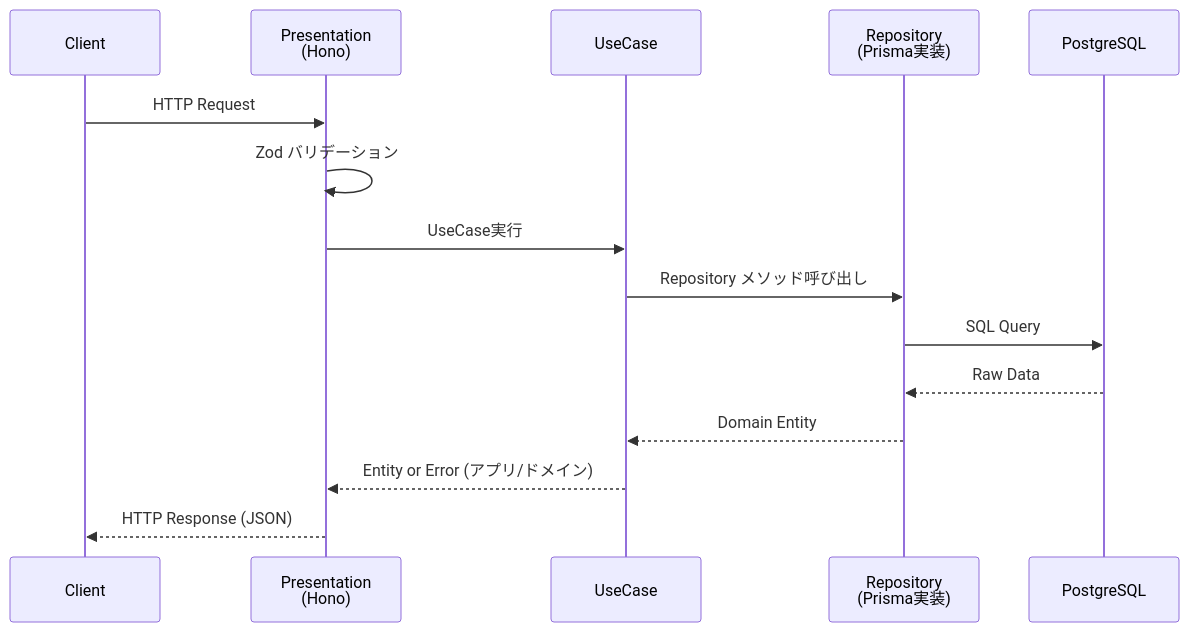
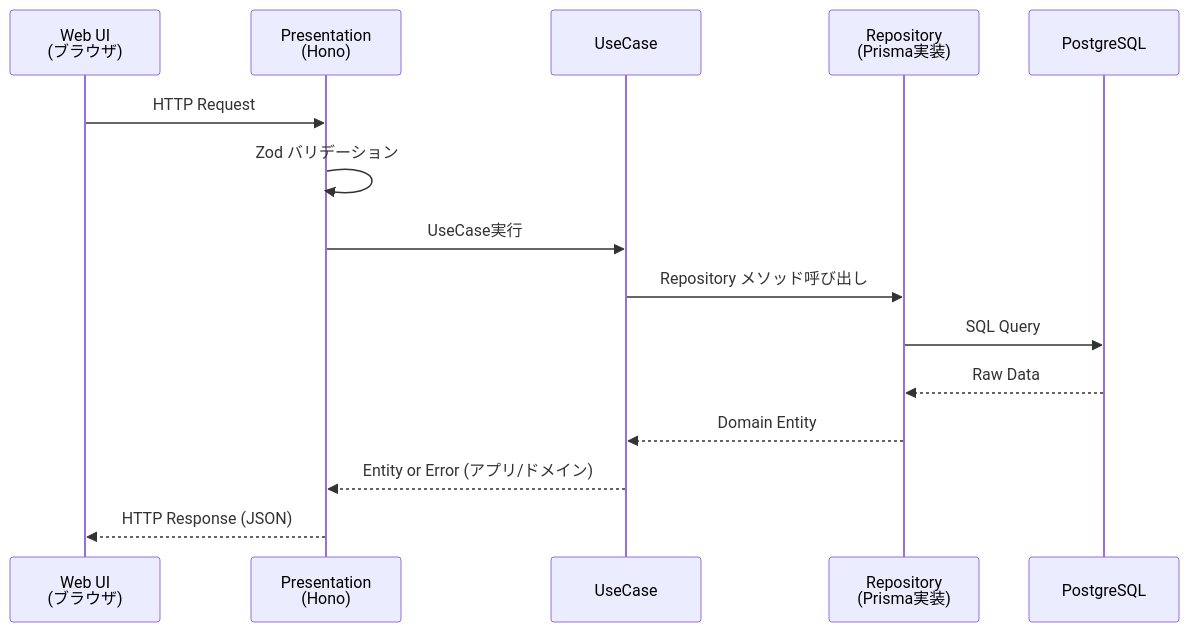
One commit to nemonsoon/ddd-issue-tracker changed the second of 2 diagrams in docs/architecture.md. Above: the diagram before and after it, drawn with Mermaid. The commit also changed other lines of this file and 3 other files, not shown here.

````diff
--- a/docs/architecture.md
+++ b/docs/architecture.md
@@ -56,18 +76,18 @@
 ```mermaid
 sequenceDiagram
-    participant C as Client
+    participant C as Web UI<br/>(ブラウザ)
     participant P as Presentation<br/>(Hono)
     participant U as UseCase
     participant R as Repository<br/>(Prisma実装)
     participant DB as PostgreSQL
 
     C->>P: HTTP Request
     P->>P: Zod バリデーション
     P->>U: UseCase実行
     U->>R: Repository メソッド呼び出し
     R->>DB: SQL Query
     DB-->>R: Raw Data
     R-->>U: Domain Entity
     U-->>P: Entity or Error (アプリ/ドメイン)
     P-->>C: HTTP Response (JSON)
 ```
````
